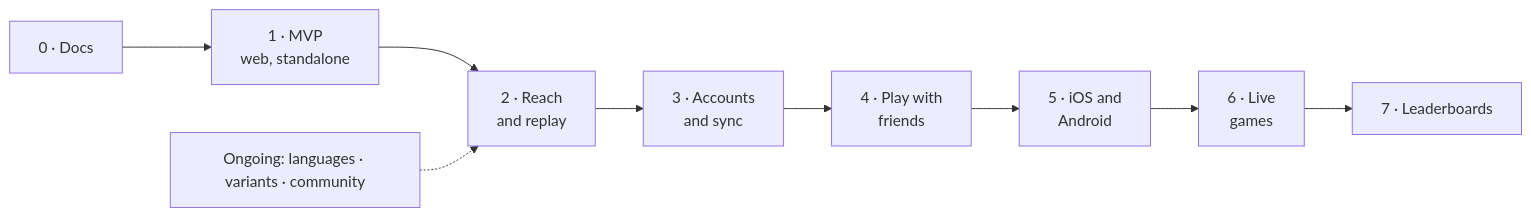
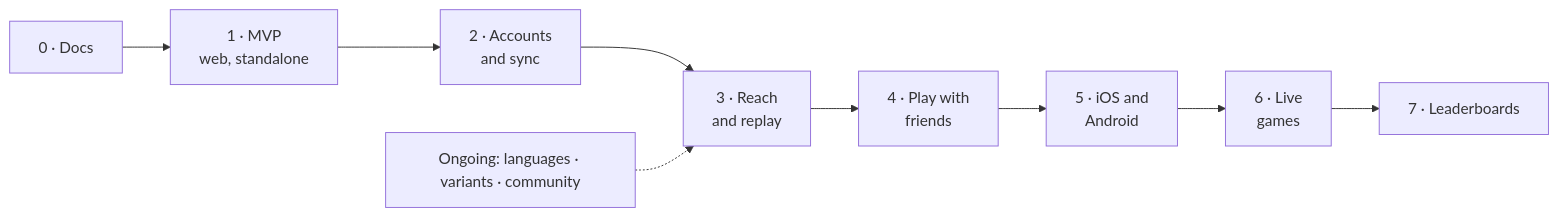
The diagram in docs/product/roadmap.md (Alfredo-Moreira/Ouril), drawn with Mermaid before and after one commit. The commit also changed other lines of this file and 19 other files, not shown here.

````diff
--- a/docs/product/roadmap.md
+++ b/docs/product/roadmap.md
@@ -7,11 +7,11 @@
 ```mermaid
 flowchart LR
   P0[0 · Docs] --> P1[1 · MVP<br/>web, standalone]
-  P1 --> P2[2 · Reach<br/>and replay]
-  P2 --> P3[3 · Accounts<br/>and sync]
+  P1 --> P2[2 · Accounts<br/>and sync]
+  P2 --> P3[3 · Reach<br/>and replay]
   P3 --> P4[4 · Play with<br/>friends]
   P4 --> P5[5 · iOS and<br/>Android]
   P5 --> P6[6 · Live<br/>games]
   P6 --> P7[7 · Leaderboards]
-  ON[Ongoing: languages · variants · community] -.-> P2
+  ON[Ongoing: languages · variants · community] -.-> P3
 ```
````
